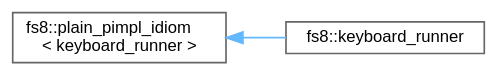
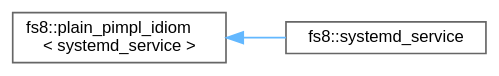
One commit to the-moisrex/foresight changed the diagram in api/inherit_graph_108.dot. Above: the diagram before and after it, drawn with Graphviz. The commit also changed 373 other files, not shown here.

```diff
--- a/api/inherit_graph_108.dot
+++ b/api/inherit_graph_108.dot
@@ -1,11 +1,11 @@
 digraph "Graphical Class Hierarchy"
 {
  // LATEX_PDF_SIZE
   bgcolor="transparent";
   edge [fontname=Helvetica,fontsize=10,labelfontname=Helvetica,labelfontsize=10];
   node [fontname=Helvetica,fontsize=10,shape=box,height=0.2,width=0.4];
   rankdir="LR";
-  Node0 [id="Node000000",label="fs8::plain_pimpl_idiom\l\< keyboard_runner \>",height=0.2,width=0.4,color="grey40", fillcolor="white", style="filled",URL="$structfs8_1_1plain__pimpl__idiom.html",tooltip=" "];
-  Node0 -> Node1 [id="edge136_Node000000_Node000001",dir="back",color="steelblue1",style="solid",tooltip=" "];
-  Node1 [id="Node000001",label="fs8::keyboard_runner",height=0.2,width=0.4,color="grey40", fillcolor="white", style="filled",URL="$structfs8_1_1keyboard__runner.html",tooltip=" "];
+  Node0 [id="Node000000",label="fs8::plain_pimpl_idiom\l\< systemd_service \>",height=0.2,width=0.4,color="grey40", fillcolor="white", style="filled",URL="$structfs8_1_1plain__pimpl__idiom.html",tooltip=" "];
+  Node0 -> Node1 [id="edge137_Node000000_Node000001",dir="back",color="steelblue1",style="solid",tooltip=" "];
+  Node1 [id="Node000001",label="fs8::systemd_service",height=0.2,width=0.4,color="grey40", fillcolor="white", style="filled",URL="$structfs8_1_1systemd__service.html",tooltip=" "];
 }
```
